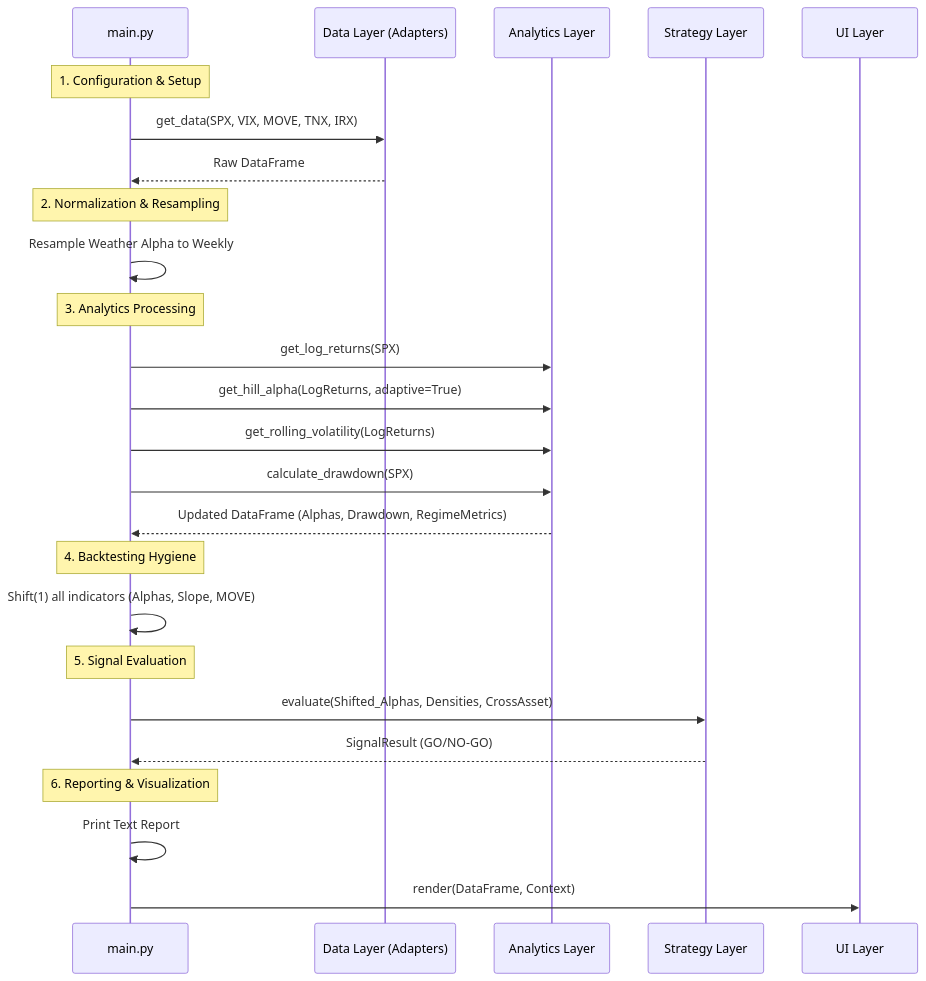
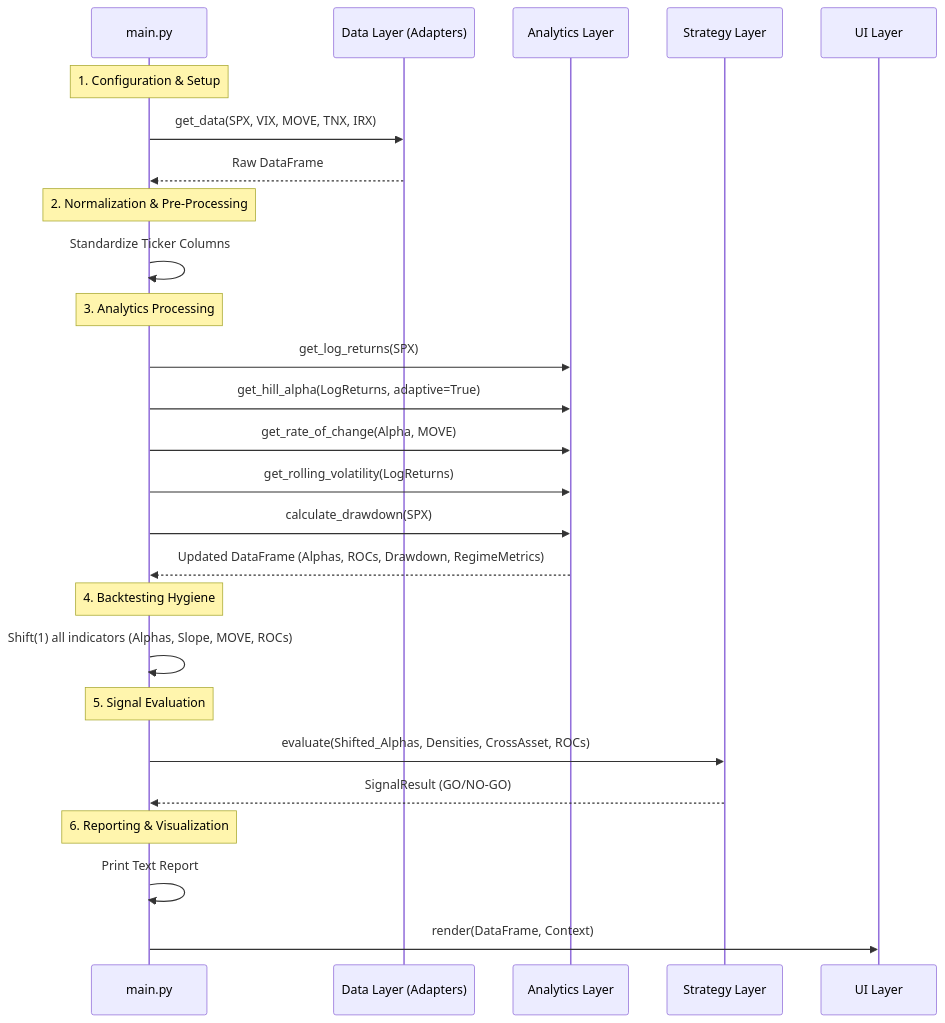
One commit to 3d02/Extremistan changed the diagram in ARCHITECTURE.md. Above: the diagram before and after it, drawn with Mermaid. The commit also changed other lines of this file and 7 other files, not shown here.

````diff
--- a/ARCHITECTURE.md
+++ b/ARCHITECTURE.md
@@ -34,33 +34,34 @@
 ```mermaid
 sequenceDiagram
     participant Main as main.py
     participant Data as Data Layer (Adapters)
     participant Analytics as Analytics Layer
     participant Strategy as Strategy Layer
     participant UI as UI Layer
 
     Note over Main: 1. Configuration & Setup
     Main->>Data: get_data(SPX, VIX, MOVE, TNX, IRX)
     Data-->>Main: Raw DataFrame
 
-    Note over Main: 2. Normalization & Resampling
-    Main->>Main: Resample Weather Alpha to Weekly
+    Note over Main: 2. Normalization & Pre-Processing
+    Main->>Main: Standardize Ticker Columns
 
     Note over Main: 3. Analytics Processing
     Main->>Analytics: get_log_returns(SPX)
     Main->>Analytics: get_hill_alpha(LogReturns, adaptive=True)
+    Main->>Analytics: get_rate_of_change(Alpha, MOVE)
     Main->>Analytics: get_rolling_volatility(LogReturns)
     Main->>Analytics: calculate_drawdown(SPX)
-    Analytics-->>Main: Updated DataFrame (Alphas, Drawdown, RegimeMetrics)
+    Analytics-->>Main: Updated DataFrame (Alphas, ROCs, Drawdown, RegimeMetrics)
 
     Note over Main: 4. Backtesting Hygiene
-    Main->>Main: Shift(1) all indicators (Alphas, Slope, MOVE)
+    Main->>Main: Shift(1) all indicators (Alphas, Slope, MOVE, ROCs)
 
     Note over Main: 5. Signal Evaluation
-    Main->>Strategy: evaluate(Shifted_Alphas, Densities, CrossAsset)
+    Main->>Strategy: evaluate(Shifted_Alphas, Densities, CrossAsset, ROCs)
     Strategy-->>Main: SignalResult (GO/NO-GO)
 
     Note over Main: 6. Reporting & Visualization
     Main->>Main: Print Text Report
     Main->>UI: render(DataFrame, Context)
 ```
````
